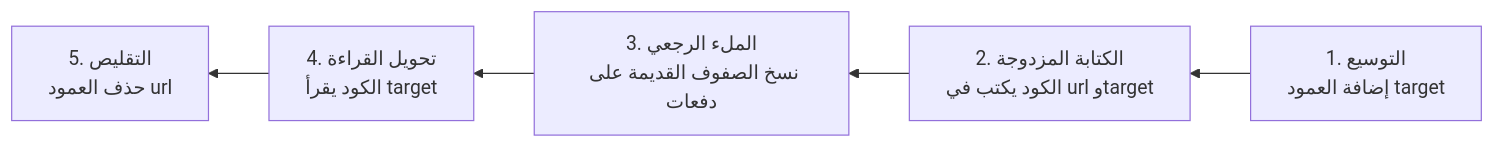
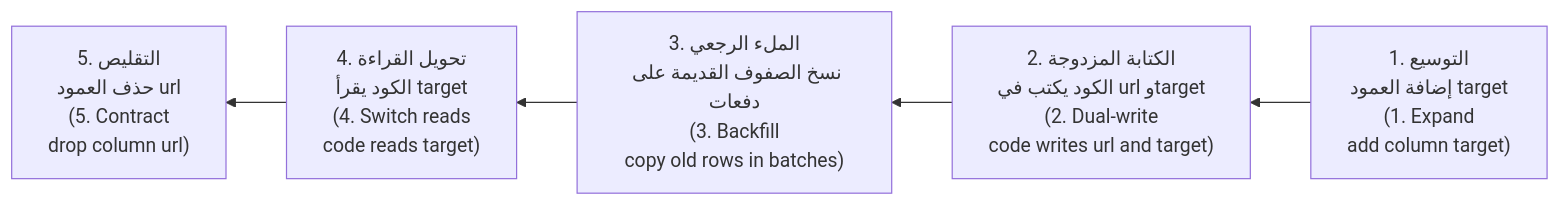
One commit to Tamoura/system-design-for-vibe-coders changed the second of 9 diagrams in saas/modules/02-data.ar.md. Above: the diagram before and after it, drawn with Mermaid. The commit also changed other lines of this file and 62 other files, not shown here.

First line of the commit message:
Arabic editions: English on every diagram label, RTL fixes, rebuild

````diff
--- a/saas/modules/02-data.ar.md
+++ b/saas/modules/02-data.ar.md
@@ -121,7 +121,7 @@
 ```mermaid
 flowchart RL
-    A["1. التوسيع<br/>إضافة العمود target"] --> B["2. الكتابة المزدوجة<br/>الكود يكتب في url وtarget"]
-    B --> C["3. الملء الرجعي<br/>نسخ الصفوف القديمة على دفعات"]
-    C --> D["4. تحويل القراءة<br/>الكود يقرأ target"]
-    D --> E["5. التقليص<br/>حذف العمود url"]
+    A["1. التوسيع<br/>إضافة العمود target<br/>(1. Expand<br/>add column target)"] --> B["2. الكتابة المزدوجة<br/>الكود يكتب في url وtarget<br/>(2. Dual-write<br/>code writes url and target)"]
+    B --> C["3. الملء الرجعي<br/>نسخ الصفوف القديمة على دفعات<br/>(3. Backfill<br/>copy old rows in batches)"]
+    C --> D["4. تحويل القراءة<br/>الكود يقرأ target<br/>(4. Switch reads<br/>code reads target)"]
+    D --> E["5. التقليص<br/>حذف العمود url<br/>(5. Contract<br/>drop column url)"]
 ```
````
